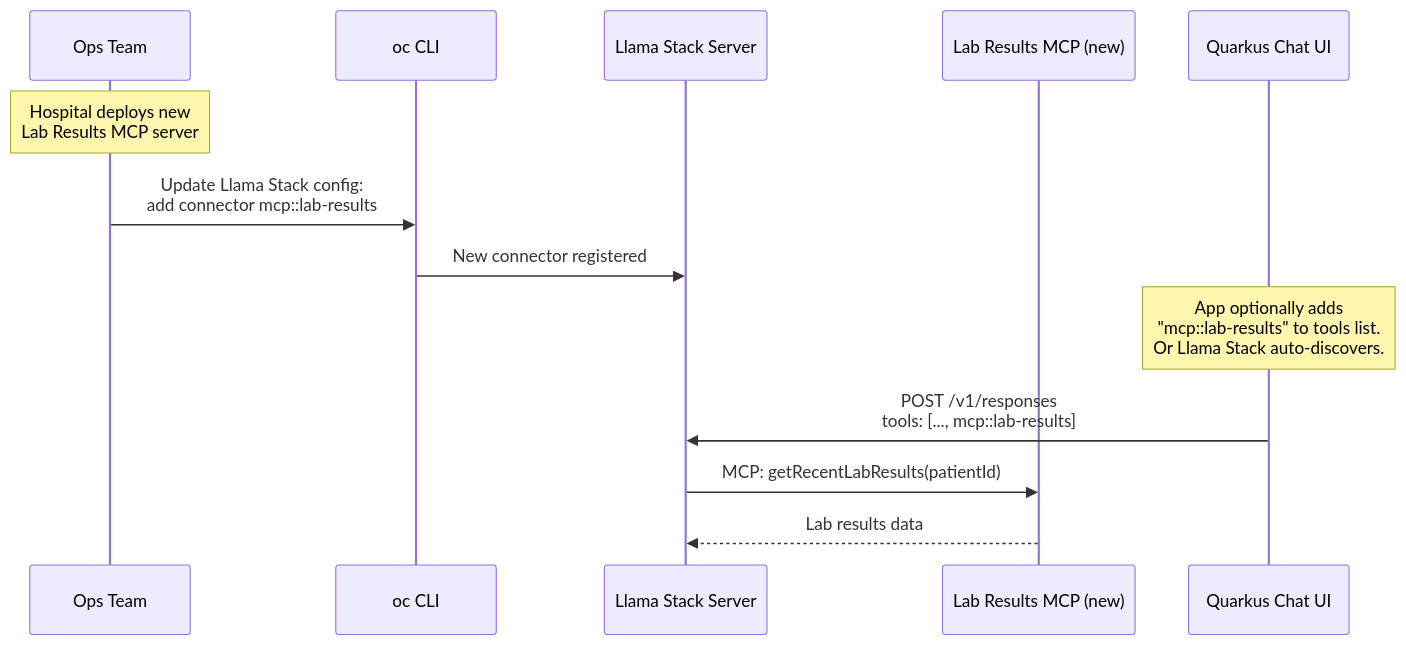
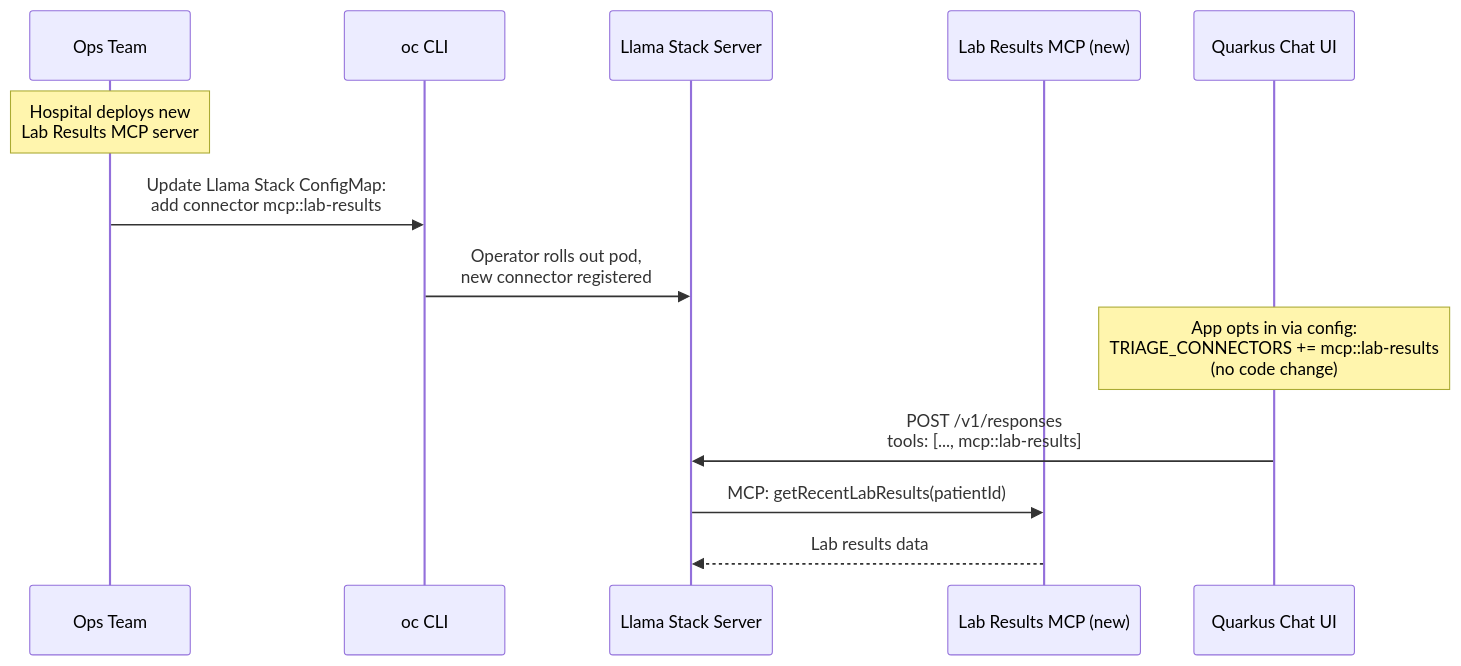
One commit to nikolaus-lemberski/openshift-agentic-ai changed the fifth of 5 diagrams in docs/architecture.md. Above: the diagram before and after it, drawn with Mermaid. The commit also changed other lines of this file and 16 other files, not shown here.

````diff
--- a/docs/architecture.md
+++ b/docs/architecture.md
@@ -285,19 +322,19 @@
 ```mermaid
 sequenceDiagram
     participant OpsTeam as Ops Team
     participant OC as oc CLI
     participant LSServer as Llama Stack Server
     participant LabMCP as Lab Results MCP (new)
     participant QuarkusApp as Quarkus Chat UI
 
     Note over OpsTeam: Hospital deploys new<br/>Lab Results MCP server
 
-    OpsTeam->>OC: Update Llama Stack config:<br/>add connector mcp::lab-results
-    OC->>LSServer: New connector registered
+    OpsTeam->>OC: Update Llama Stack ConfigMap:<br/>add connector mcp::lab-results
+    OC->>LSServer: Operator rolls out pod,<br/>new connector registered
 
-    Note over QuarkusApp: App optionally adds<br/>"mcp::lab-results" to tools list.<br/>Or Llama Stack auto-discovers.
+    Note over QuarkusApp: App opts in via config:<br/>TRIAGE_CONNECTORS += mcp::lab-results<br/>(no code change)
 
     QuarkusApp->>LSServer: POST /v1/responses<br/>tools: [..., mcp::lab-results]
     LSServer->>LabMCP: MCP: getRecentLabResults(patientId)
     LabMCP-->>LSServer: Lab results data
 ```
````
